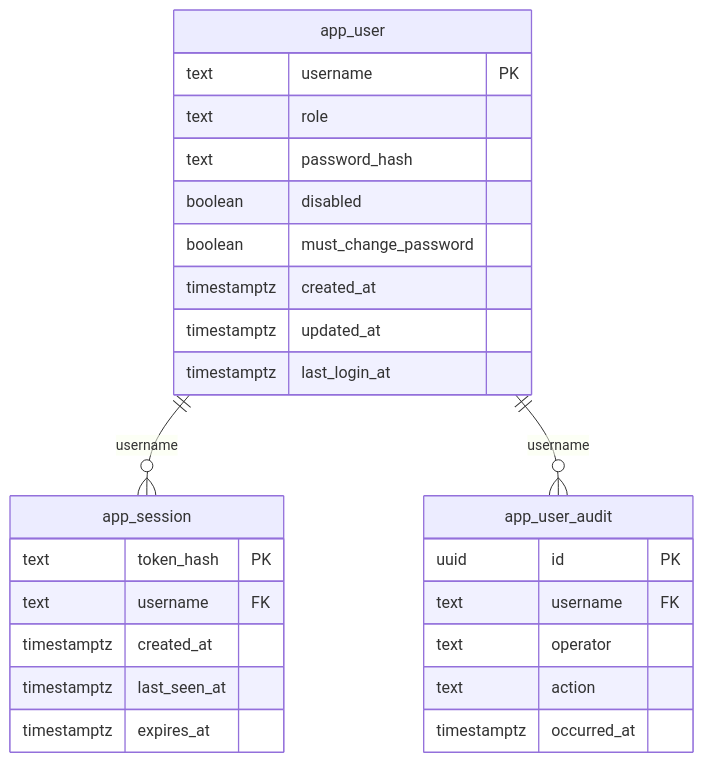
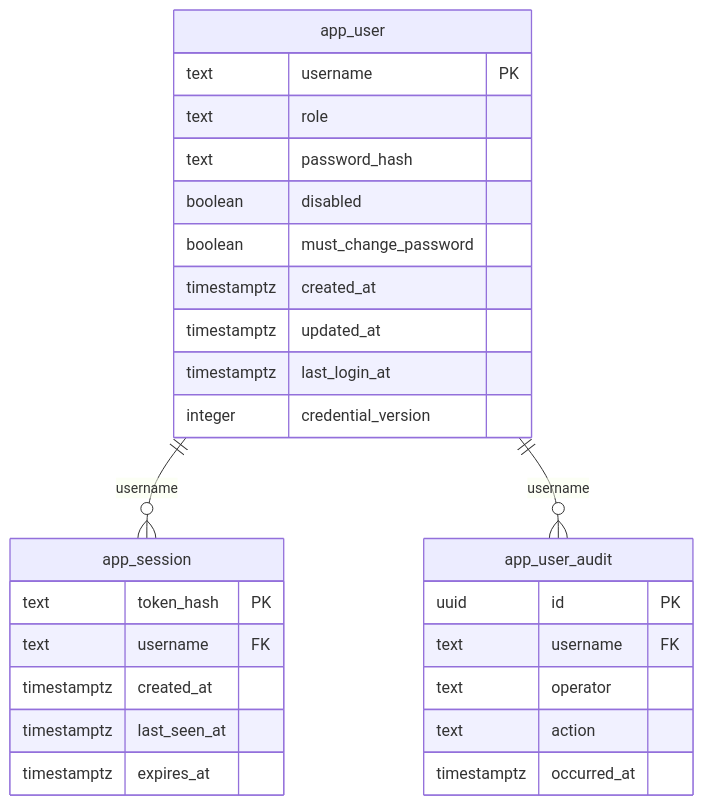
The ninth of 9 diagrams in docs/db/README.md (altharmz/bss), drawn with Mermaid before and after one commit. The commit also changed other lines of this file and 40 other files, not shown here.

````diff
--- a/docs/db/README.md
+++ b/docs/db/README.md
@@ -1143,29 +1143,30 @@
 ```mermaid
 erDiagram
   app_user {
     text username PK
     text role
     text password_hash
     boolean disabled
     boolean must_change_password
     timestamptz created_at
     timestamptz updated_at
     timestamptz last_login_at
+    integer credential_version
   }
   app_session {
     text token_hash PK
     text username FK
     timestamptz created_at
     timestamptz last_seen_at
     timestamptz expires_at
   }
   app_user_audit {
     uuid id PK
     text username FK
     text operator
     text action
     timestamptz occurred_at
   }
   app_user ||--o{ app_session : "username"
   app_user ||--o{ app_user_audit : "username"
 ```
````
